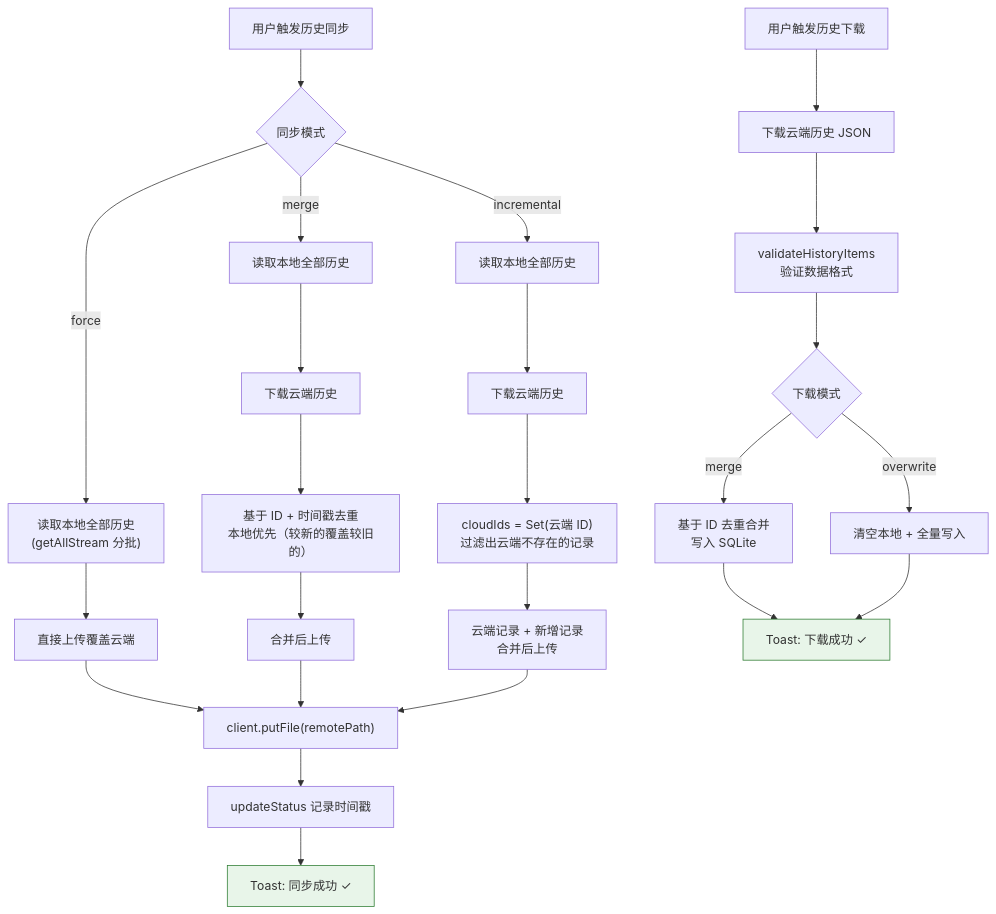
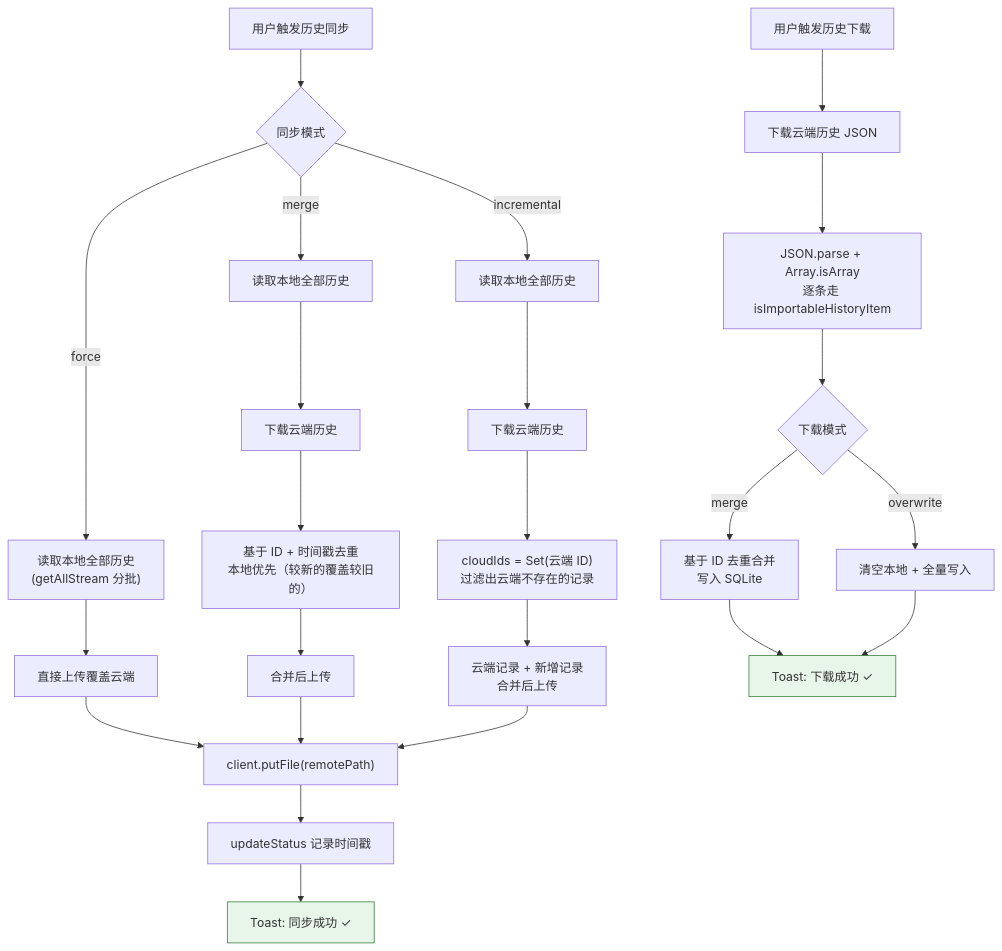
Before and after one commit to joeyliu6/PicNexus: the second of 5 diagrams in docs/flows/auxiliary-flows.md, drawn with Mermaid. The commit also changed other lines of this file and 4 other files, not shown here.

First line of the commit message:
docs(sync): reconcile flow diagrams and API drift with implementation

````diff
--- a/docs/flows/auxiliary-flows.md
+++ b/docs/flows/auxiliary-flows.md
@@ -49,32 +49,32 @@
 ```mermaid
 flowchart TD
     A[用户触发历史同步] --> B{同步模式}
 
     B -- force --> C1["读取本地全部历史<br/>(getAllStream 分批)"]
     C1 --> C2[直接上传覆盖云端]
 
     B -- merge --> D1[读取本地全部历史]
     D1 --> D2[下载云端历史]
     D2 --> D3["基于 ID + 时间戳去重<br/>本地优先（较新的覆盖较旧的）"]
     D3 --> D4[合并后上传]
 
     B -- incremental --> E1[读取本地全部历史]
     E1 --> E2[下载云端历史]
     E2 --> E3["cloudIds = Set(云端 ID)<br/>过滤出云端不存在的记录"]
     E3 --> E4["云端记录 + 新增记录<br/>合并后上传"]
 
     C2 & D4 & E4 --> F["client.putFile(remotePath)"]
     F --> G[updateStatus 记录时间戳]
     G --> H["Toast: 同步成功 ✓"]
 
     %% 下载历史
     I[用户触发历史下载] --> J[下载云端历史 JSON]
-    J --> K["validateHistoryItems<br/>验证数据格式"]
+    J --> K["JSON.parse + Array.isArray<br/>逐条走 isImportableHistoryItem"]
     K --> L{下载模式}
     L -- merge --> M["基于 ID 去重合并<br/>写入 SQLite"]
     L -- overwrite --> N["清空本地 + 全量写入"]
     M & N --> O["Toast: 下载成功 ✓"]
 
     style H fill:#e8f5e9,stroke:#2e7d32
     style O fill:#e8f5e9,stroke:#2e7d32
 ```
````
